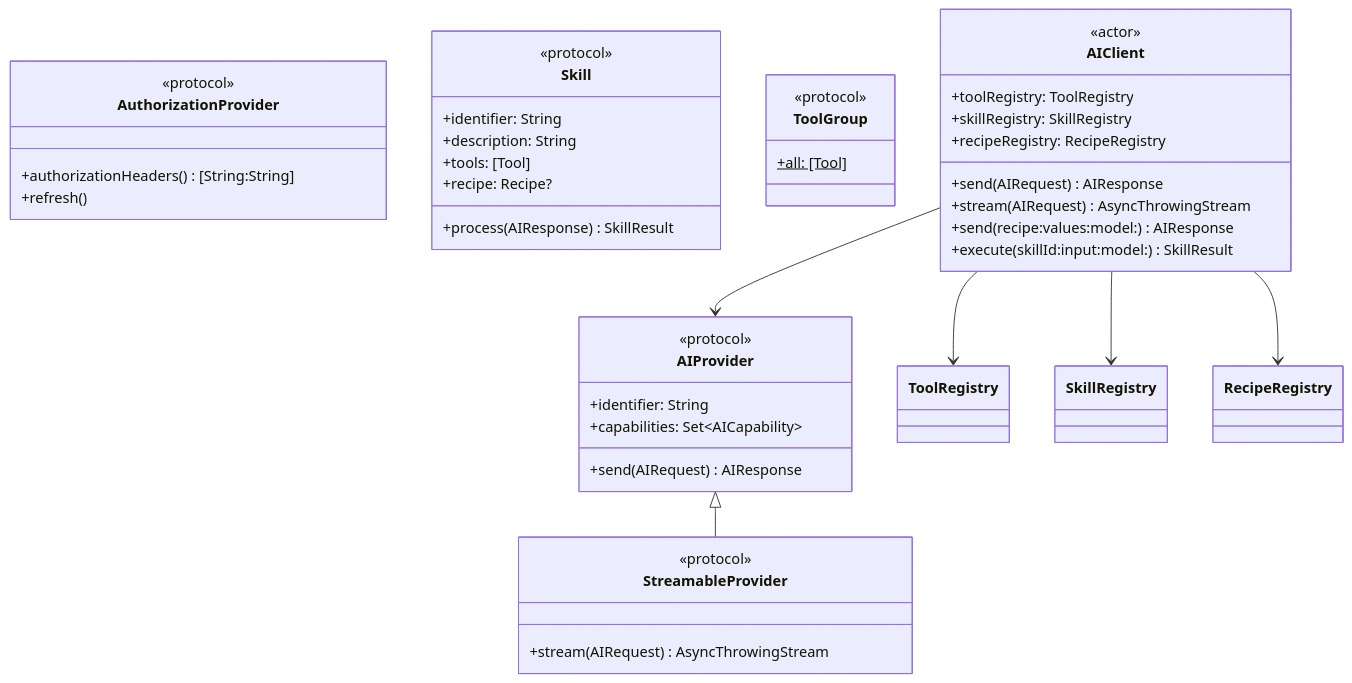
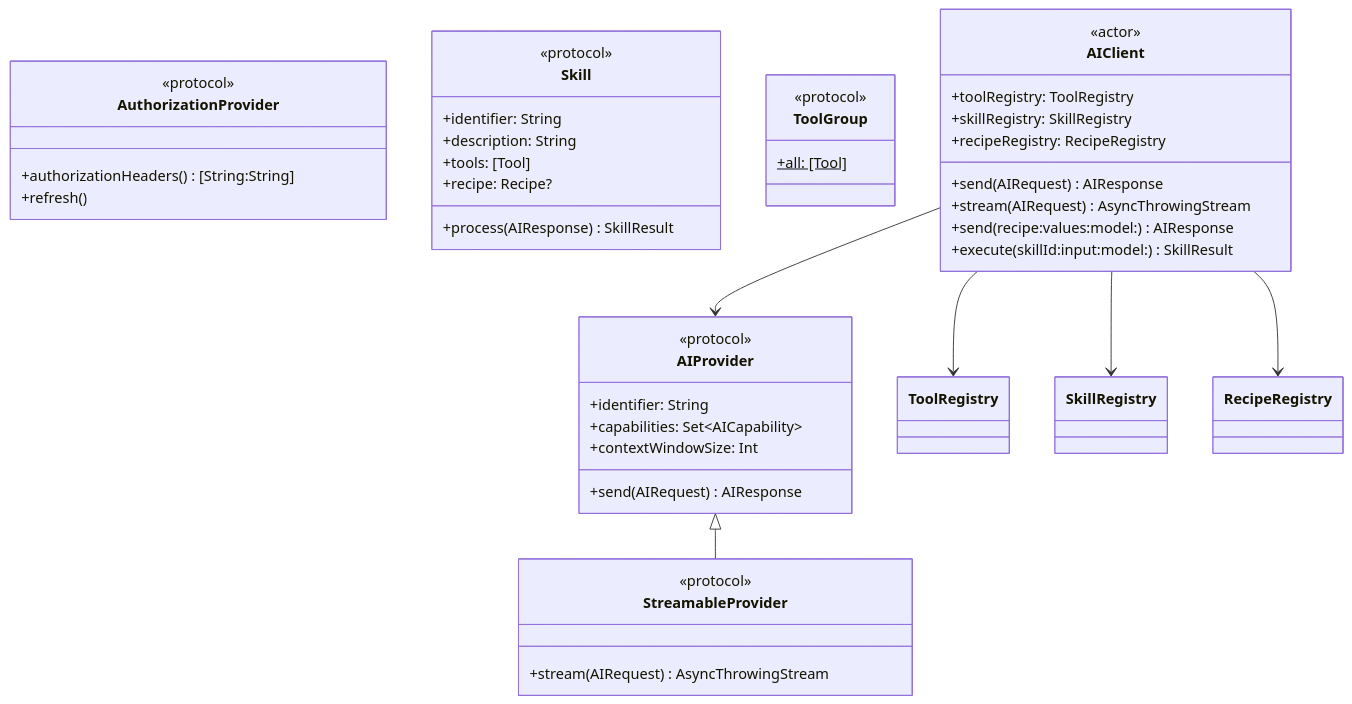
Before and after one commit to molayab/swift-ai-provider-kit: the second of 9 diagrams in Documentation/Architecture.md, drawn with Mermaid. The commit also changed other lines of this file and 5 other files, not shown here.

First line of the commit message:
Documentation improvements around Architecture and Roadmap. (#4)

````diff
--- a/Documentation/Architecture.md
+++ b/Documentation/Architecture.md
@@ -65,51 +75,52 @@
 ```mermaid
 classDiagram
     class AIProvider {
         <<protocol>>
         +identifier: String
         +capabilities: Set~AICapability~
+        +contextWindowSize: Int
         +send(AIRequest) AIResponse
     }
 
     class StreamableProvider {
         <<protocol>>
         +stream(AIRequest) AsyncThrowingStream
     }
 
     class AuthorizationProvider {
         <<protocol>>
         +authorizationHeaders() [String:String]
         +refresh()
     }
 
     class Skill {
         <<protocol>>
         +identifier: String
         +description: String
         +tools: [Tool]
         +recipe: Recipe?
         +process(AIResponse) SkillResult
     }
 
     class ToolGroup {
         <<protocol>>
         +all: [Tool]$
     }
 
     class AIClient {
         <<actor>>
         +toolRegistry: ToolRegistry
         +skillRegistry: SkillRegistry
         +recipeRegistry: RecipeRegistry
         +send(AIRequest) AIResponse
         +stream(AIRequest) AsyncThrowingStream
         +send(recipe:values:model:) AIResponse
         +execute(skillId:input:model:) SkillResult
     }
 
     AIProvider <|-- StreamableProvider
     AIClient --> AIProvider
     AIClient --> ToolRegistry
     AIClient --> SkillRegistry
     AIClient --> RecipeRegistry
 ```
````
